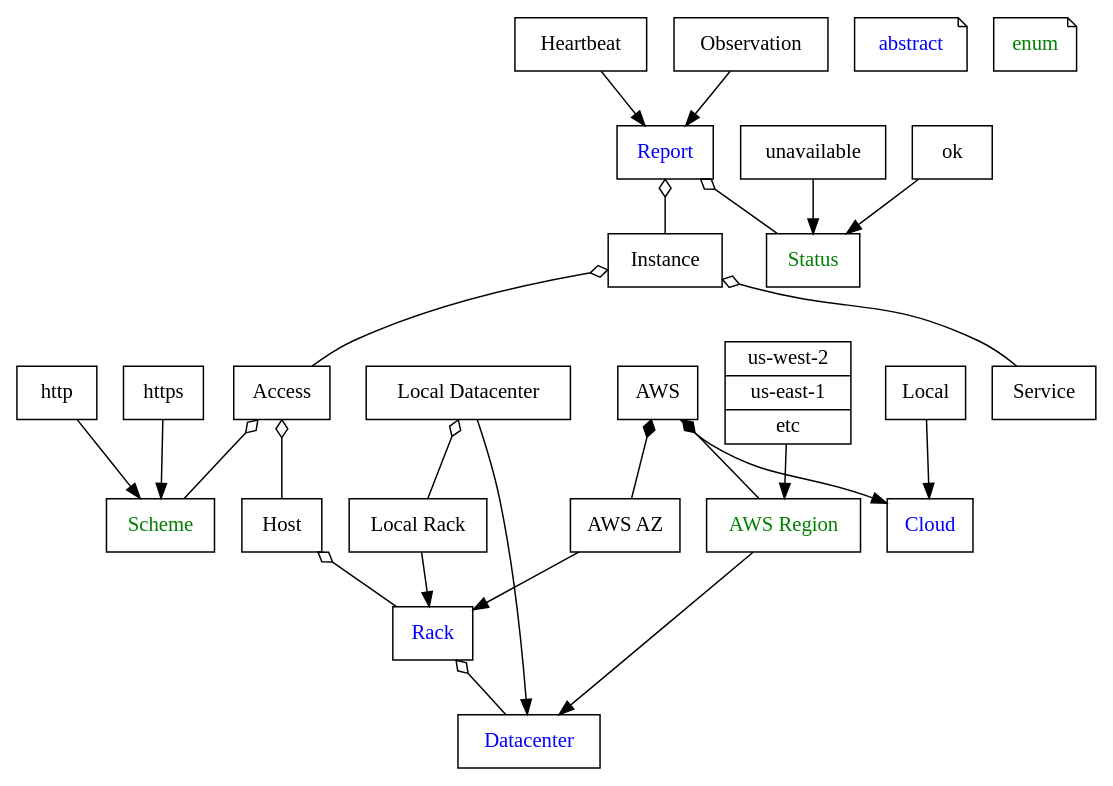
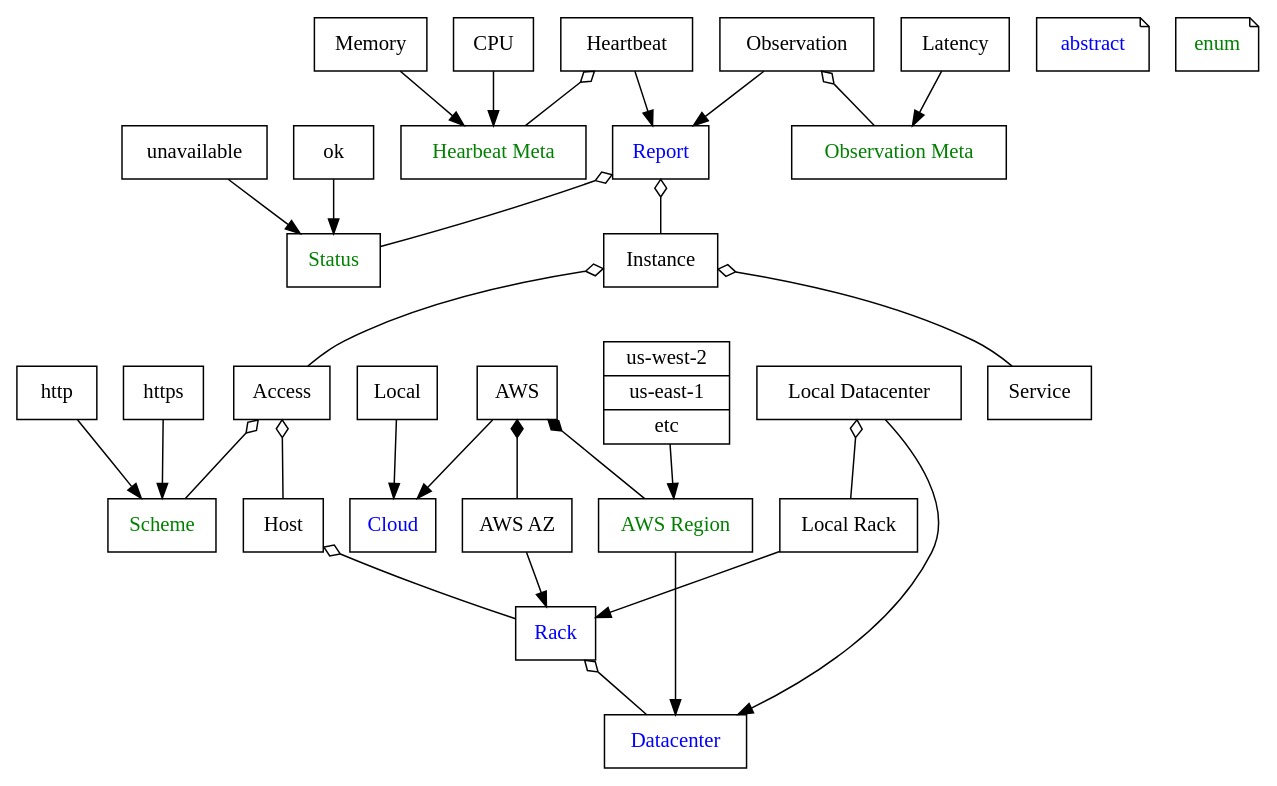
Before and after one commit to kendra-pdx/akka-service-discovery: the diagram in akka-service-discovery-core/src/doc/model.dot, drawn with Graphviz. The commit also changed 1 other file, not shown here.

Commit message:
- updated the graphviz model

```diff
--- a/akka-service-discovery-core/src/doc/model.dot
+++ b/akka-service-discovery-core/src/doc/model.dot
@@ -1,81 +1,94 @@
 digraph model {
     node [ shape="record" ]
 
     scheme [ label="Scheme", fontcolor="green" ]
     http
     https
 
     status [ label="Status", fontcolor="green" ]
     ok
     unavailable
 
     access [ label="Access" ]
     service [ label="Service"]
     instance [ label="Instance" ]
 
     report [ label="Report", fontcolor="blue" ]
     heartbeat [ label="Heartbeat" ]
     observation [ label="Observation" ]
+
+    heartbeatMeta [ label="Hearbeat Meta", fontcolor="green" ]
+    heartbeatCpu [ label="CPU" ]
+    heartbeatMemory [ label="Memory" ]
+
+    observationMeta [ label="Observation Meta", fontcolor="green" ]
+    observationLatency [ label="Latency" ]
 
     host [ label="Host" ]
 
     cloud [ label="Cloud", fontcolor="blue" ]
     datacenter [ label="Datacenter", fontcolor="blue" ]
     rack [ label = "Rack", fontcolor="blue" ]
 
     aws [ label = "AWS" ]
     region [ label = "AWS Region", fontcolor="green" ]
     az [ label = "AWS AZ" ]
 
     regions [ label = "{us-west-2|us-east-1|etc}" ]
 
     local [ label = "Local" ]
     localDatacenter [ label = "Local Datacenter" ]
     localRack [ label="Local Rack" ]
 
     subgraph isA {
         edge [arrowhead="normal"]
         aws -> cloud
         region -> datacenter
         az -> rack
 
         http -> scheme
         https -> scheme
 
         regions -> region
 
         local -> cloud
 
         {ok, unavailable} -> status
 
         {heartbeat, observation} -> report
 
+        {heartbeatCpu, heartbeatMemory} -> heartbeatMeta
+        {observationLatency} -> observationMeta
+
         localDatacenter -> datacenter
         localRack -> rack
     }
 
     subgraph hasA {
         edge [dir=back,arrowtail=odiamond]
 
         rack -> datacenter
         host -> rack
 
         instance -> { service, access }
         report -> { instance, status }
         access -> { scheme, host }
+
+        heartbeat -> heartbeatMeta
+        observation -> observationMeta
 
         localDatacenter -> localRack
     }
 
     subgraph owns {
         edge [dir=back,arrowtail=diamond]
 
         aws -> { region, az }
     }
 
     subgraph legend {
         node [ shape="note" ]
         abstract [ fontcolor="blue" ]
         enum [ fontcolor="green" ]
     }
 }
```
